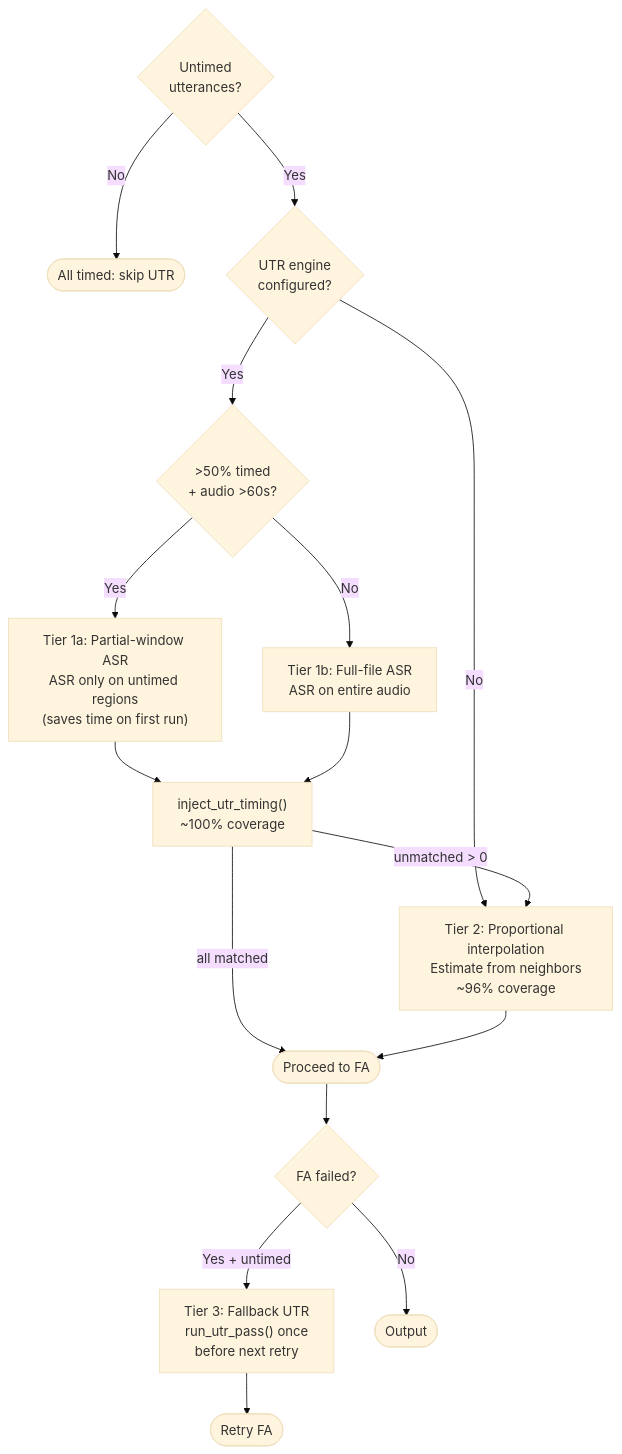
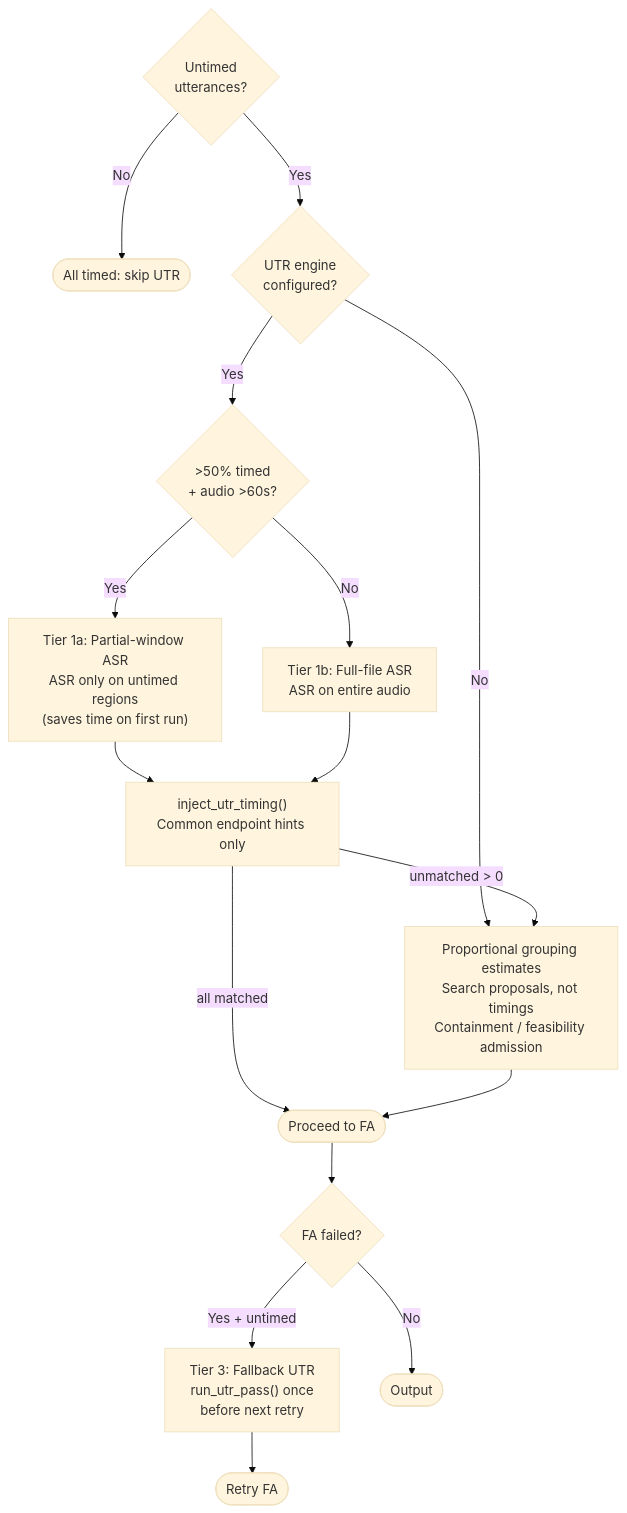
One commit to FranklinChen/talkbank-tools changed diagram 13 of 16 in book/src/batchalign/reference/forced-alignment.md. Above: the diagram before and after it, drawn with Mermaid (base theme). The commit also changed other lines of this file and 61 other files, not shown here.

````diff
--- a/book/src/batchalign/reference/forced-alignment.md
+++ b/book/src/batchalign/reference/forced-alignment.md
@@ -1556,24 +1700,24 @@
 ```mermaid
 flowchart TD
-    start{Untimed\nutterances?} -->|No| done([All timed: skip UTR])
-    start -->|Yes| engine{UTR engine\nconfigured?}
+    start{Untimed<br/>utterances?} -->|No| done([All timed: skip UTR])
+    start -->|Yes| engine{UTR engine<br/>configured?}
 
-    engine -->|Yes| ratio{">50% timed\n+ audio >60s?"}
-    ratio -->|Yes| partial["Tier 1a: Partial-window ASR\nASR only on untimed regions\n(saves time on first run)"]
-    ratio -->|No| full["Tier 1b: Full-file ASR\nASR on entire audio"]
+    engine -->|Yes| ratio{">50% timed<br/>+ audio >60s?"}
+    ratio -->|Yes| partial["Tier 1a: Partial-window ASR<br/>ASR only on untimed regions<br/>(saves time on first run)"]
+    ratio -->|No| full["Tier 1b: Full-file ASR<br/>ASR on entire audio"]
 
-    partial --> inject["inject_utr_timing()\n~100% coverage"]
+    partial --> inject["inject_utr_timing()<br/>Common endpoint hints only"]
     full --> inject
 
-    engine -->|No| interp["Tier 2: Proportional interpolation\nEstimate from neighbors\n~96% coverage"]
+    engine -->|No| interp["Proportional grouping estimates<br/>Search proposals, not timings<br/>Containment / feasibility admission"]
 
     inject -->|"unmatched > 0"| interp
     inject -->|"all matched"| done2([Proceed to FA])
 
     interp --> done2
 
     done2 --> fa_fail{FA failed?}
-    fa_fail -->|Yes + untimed| fallback["Tier 3: Fallback UTR\nrun_utr_pass() once\nbefore next retry"]
+    fa_fail -->|Yes + untimed| fallback["Tier 3: Fallback UTR<br/>run_utr_pass() once<br/>before next retry"]
     fallback --> retry([Retry FA])
     fa_fail -->|No| output([Output])
 ```
````
